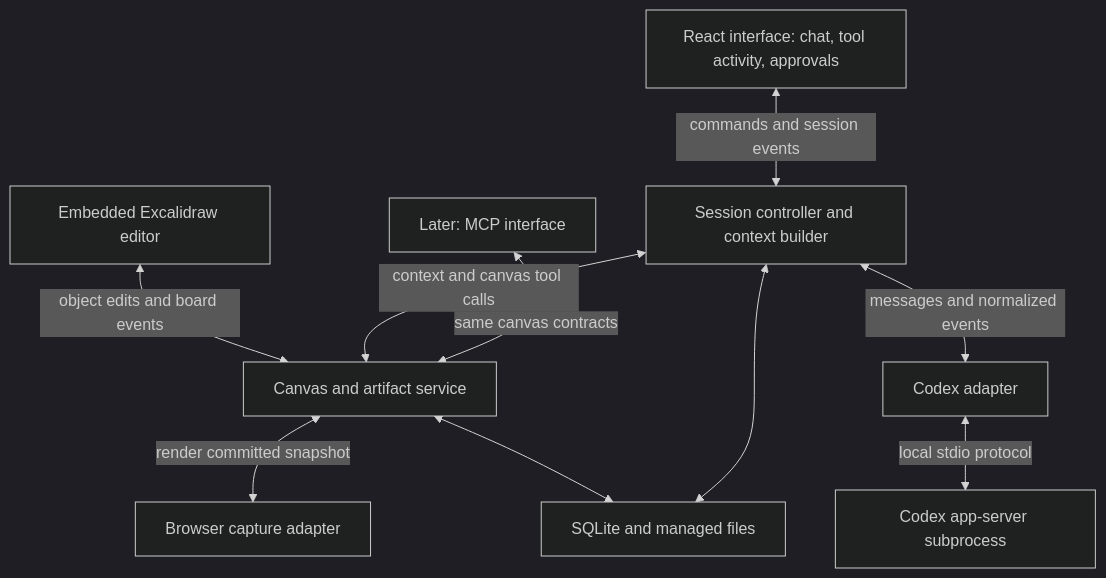
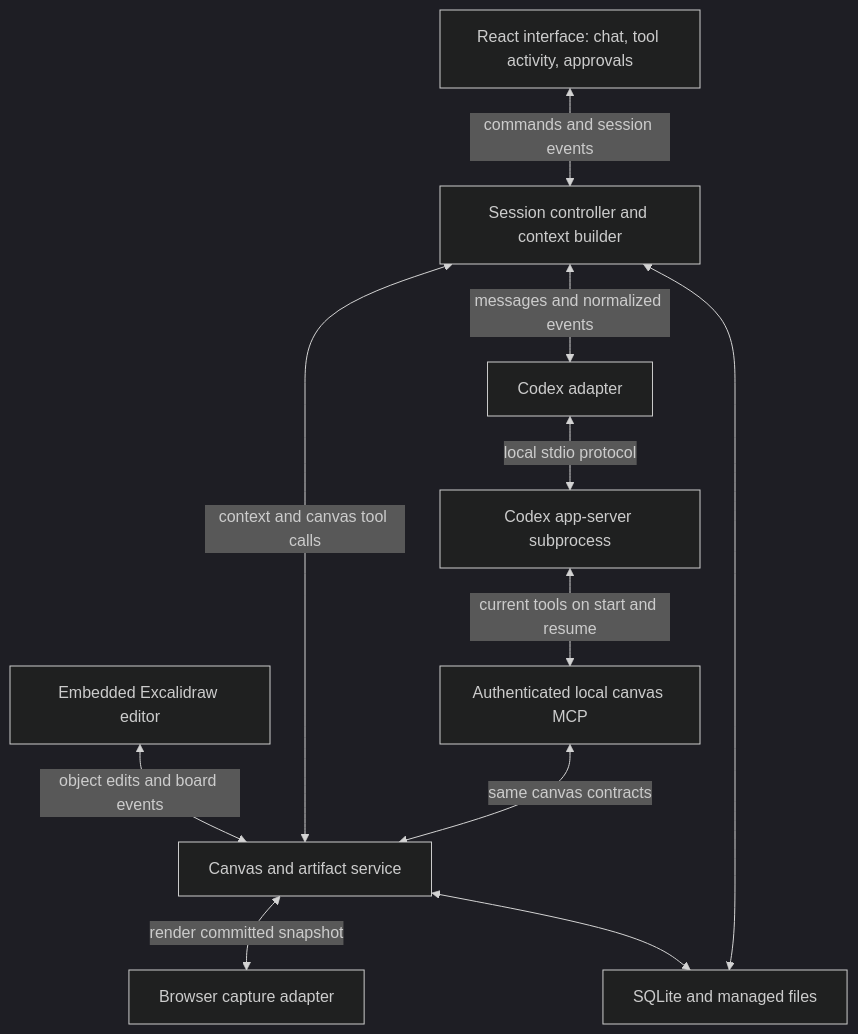
One commit to erhuve/canvagent changed the diagram in docs/architecture.md. Above: the diagram before and after it, drawn with Mermaid (dark theme). The commit also changed other lines of this file and 48 other files, not shown here.

First line of the commit message:
Add Tauri desktop app with refreshable canvas tools

````diff
--- a/docs/architecture.md
+++ b/docs/architecture.md
@@ -19,22 +19,23 @@
 ```mermaid
 flowchart TB
     UI["React interface: chat, tool activity, approvals"]
     EC["Embedded Excalidraw editor"]
     SC["Session controller and context builder"]
     CS["Canvas and artifact service"]
     RA["Codex adapter"]
     RT["Codex app-server subprocess"]
     RW["Browser capture adapter"]
     DB["SQLite and managed files"]
-    MCP["Later: MCP interface"]
+    MCP["Authenticated local canvas MCP"]
 
     UI <-->|"commands and session events"| SC
     EC <-->|"object edits and board events"| CS
     SC <-->|"context and canvas tool calls"| CS
     SC <-->|"messages and normalized events"| RA
     RA <-->|"local stdio protocol"| RT
+    RT <-->|"current tools on start and resume"| MCP
     CS <-->|"render committed snapshot"| RW
     CS <--> DB
     SC <--> DB
     MCP <-->|"same canvas contracts"| CS
 ```
````
